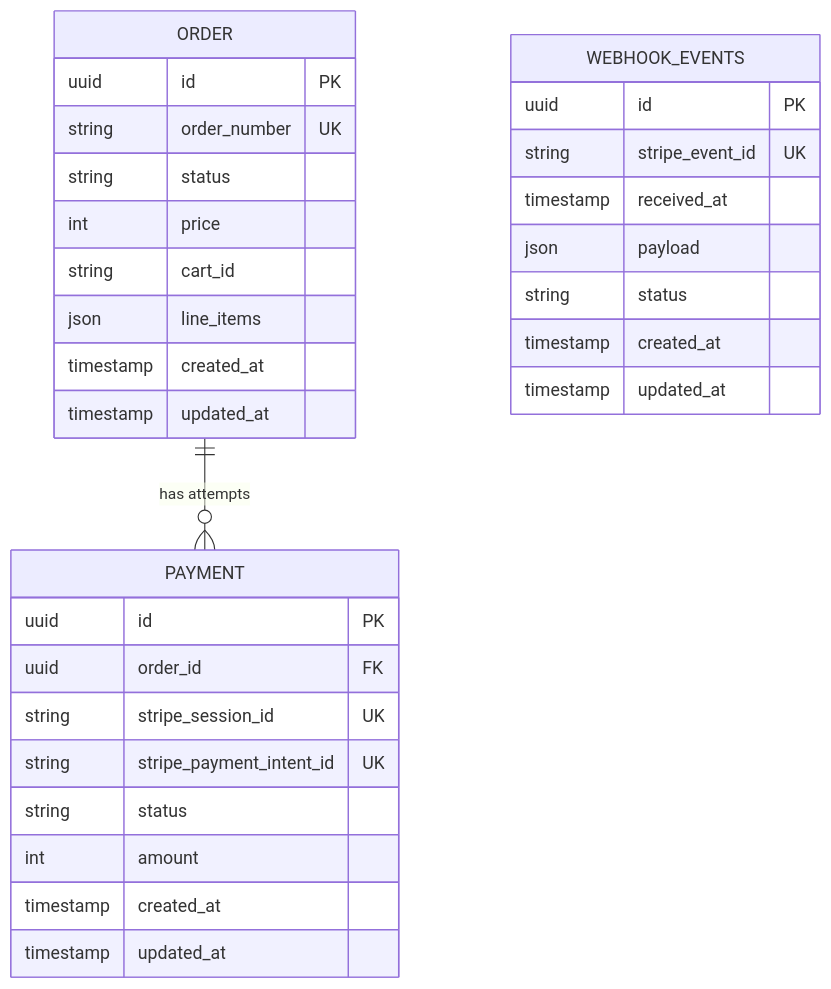
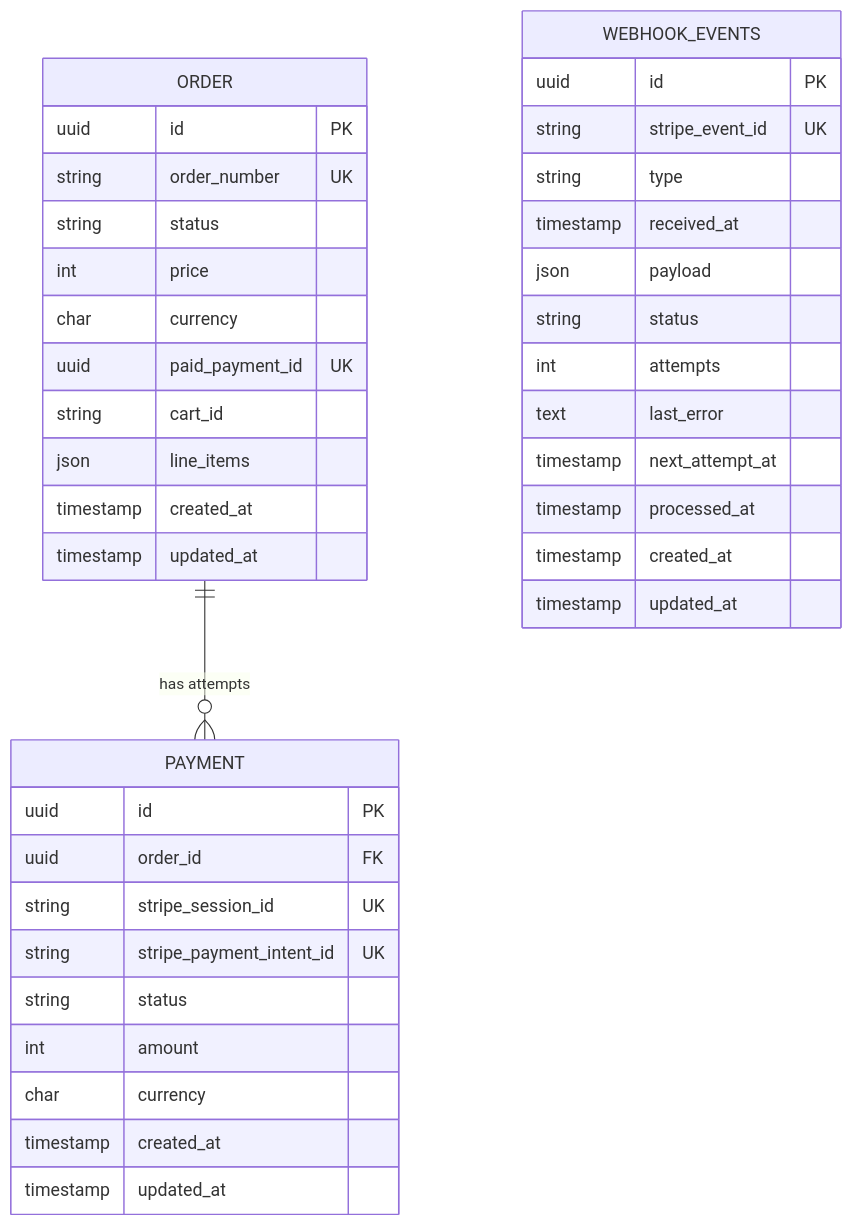
Before and after one commit to ianmarkdev/stripe-payment: the diagram in docs/data-model.md, drawn with Mermaid. The commit also changed other lines of this file and 8 other files, not shown here.

````diff
--- a/docs/data-model.md
+++ b/docs/data-model.md
@@ -4,36 +4,44 @@
 ```mermaid
 erDiagram
     ORDER ||--o{ PAYMENT : "has attempts"
 
     ORDER {
         uuid id PK
         string order_number UK
         string status
         int price
+        char currency
+        uuid paid_payment_id UK
         string cart_id
         json line_items
         timestamp created_at
         timestamp updated_at
     }
 
     PAYMENT {
         uuid id PK
         uuid order_id FK
         string stripe_session_id UK
         string stripe_payment_intent_id UK
         string status
         int amount
+        char currency
         timestamp created_at
         timestamp updated_at
     }
 
     WEBHOOK_EVENTS {
         uuid id PK
         string stripe_event_id UK
+        string type
         timestamp received_at
         json payload
         string status
+        int attempts
+        text last_error
+        timestamp next_attempt_at
+        timestamp processed_at
         timestamp created_at
         timestamp updated_at
     }
 ```
````
